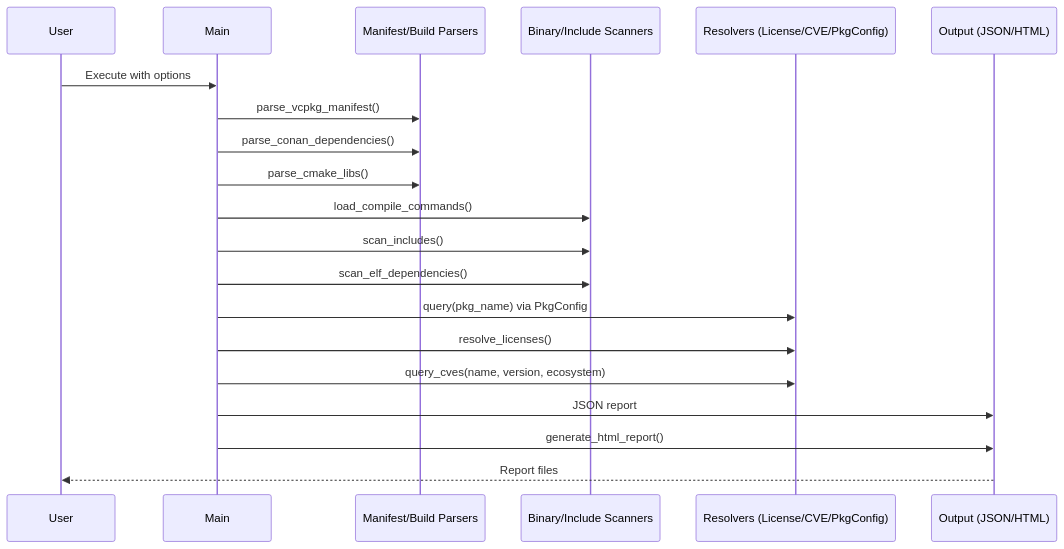
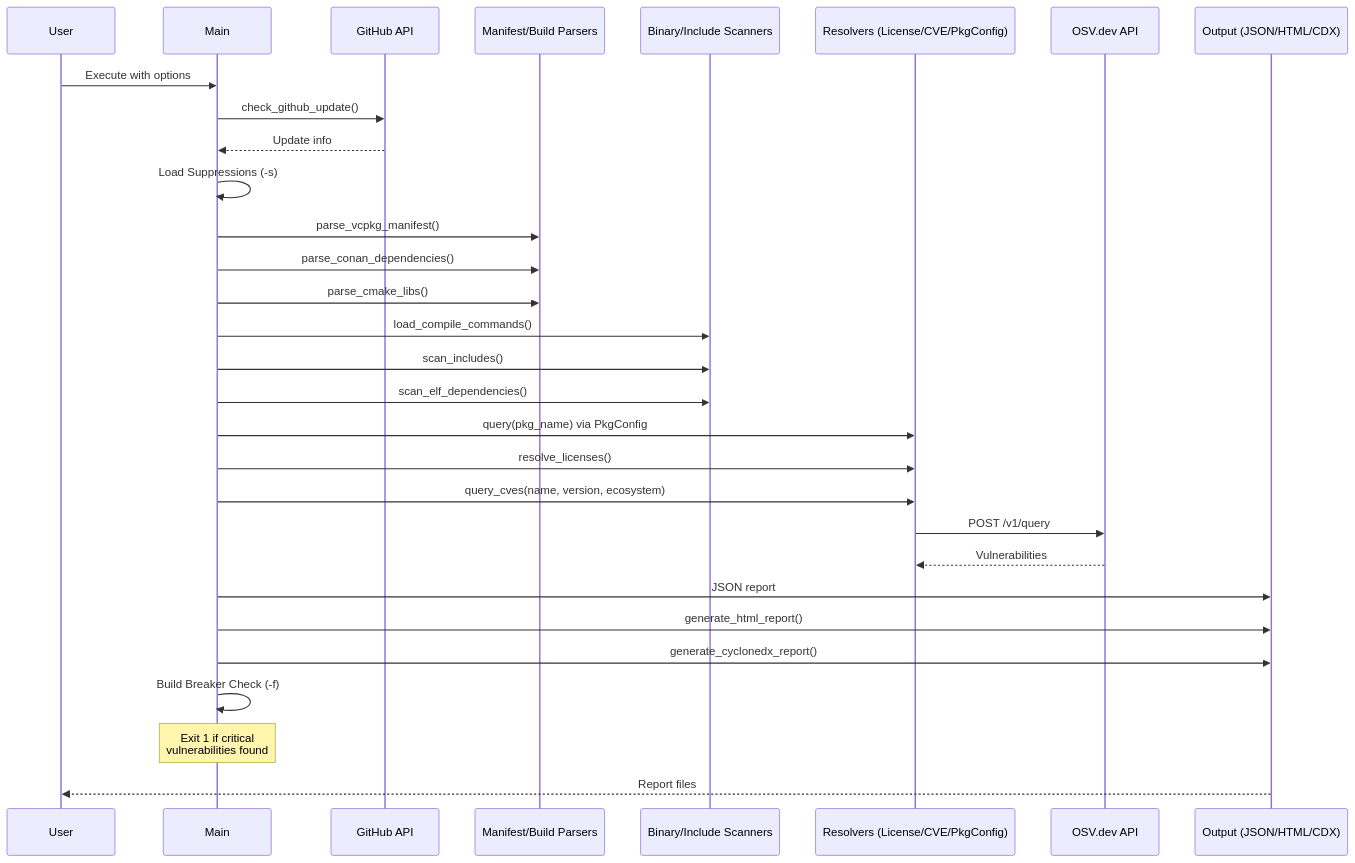
The diagram in docs/architecture/sequence_diagram.mmd (Zheng-Bote/depdiscover), drawn with Mermaid before and after one commit. The commit also changed 33 other files, not shown here.

```diff
--- a/docs/architecture/sequence_diagram.mmd
+++ b/docs/architecture/sequence_diagram.mmd
@@ -1,21 +1,31 @@
 sequenceDiagram
     participant User
     participant Main
+    participant GH as GitHub API
     participant Parsers as Manifest/Build Parsers
     participant Scanners as Binary/Include Scanners
     participant Resolvers as Resolvers (License/CVE/PkgConfig)
-    participant Output as Output (JSON/HTML)
+    participant OSV as OSV.dev API
+    participant Output as Output (JSON/HTML/CDX)
 
     User->>Main: Execute with options
+    Main->>GH: check_github_update()
+    GH-->>Main: Update info
+    Main->>Main: Load Suppressions (-s)
     Main->>Parsers: parse_vcpkg_manifest()
     Main->>Parsers: parse_conan_dependencies()
     Main->>Parsers: parse_cmake_libs()
     Main->>Scanners: load_compile_commands()
     Main->>Scanners: scan_includes()
     Main->>Scanners: scan_elf_dependencies()
     Main->>Resolvers: query(pkg_name) via PkgConfig
     Main->>Resolvers: resolve_licenses()
     Main->>Resolvers: query_cves(name, version, ecosystem)
+    Resolvers->>OSV: POST /v1/query
+    OSV-->>Resolvers: Vulnerabilities
     Main->>Output: JSON report
     Main->>Output: generate_html_report()
+    Main->>Output: generate_cyclonedx_report()
+    Main->>Main: Build Breaker Check (-f)
+    Note over Main: Exit 1 if critical<br>vulnerabilities found
     Output-->>User: Report files
```
